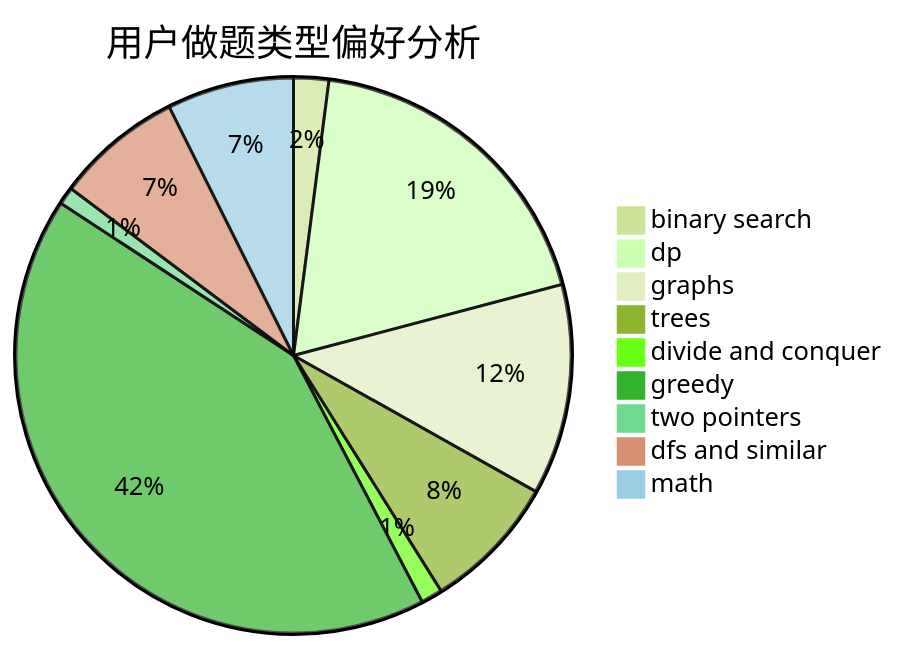
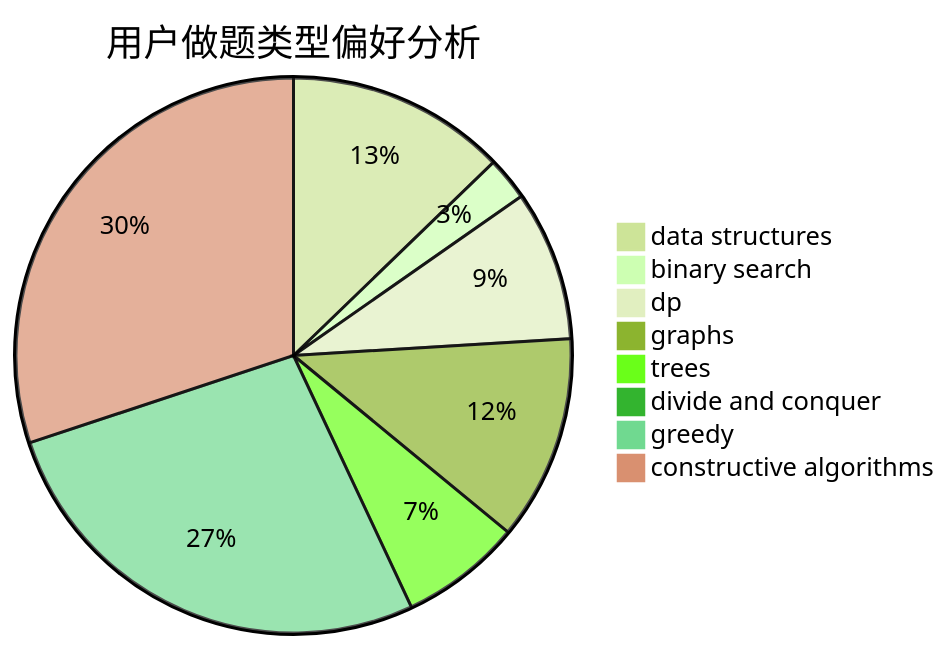
The second of 3 diagrams in docs/user/u586.md (sherpahu/cfrs.github.io), drawn with Mermaid (forest theme) before and after one commit. The commit also changed other lines of this file and 2775 other files, not shown here.

````diff
--- a/docs/user/u586.md
+++ b/docs/user/u586.md
@@ -23,12 +23,11 @@
 ```mermaid
 pie title 用户做题类型偏好分析
-    "binary search" :  18
-    "dp" :  166
-    "graphs" :  108
-    "trees" :  70
-    "divide and conquer" :  11
-    "greedy" :  369
-    "two pointers" :  9
-    "dfs and similar" :  65
-    "math" :  65
+    "data structures" :  76
+    "binary search" :  15
+    "dp" :  52
+    "graphs" :  71
+    "trees" :  42
+    "divide and conquer" :  1
+    "greedy" :  160
+    "constructive algorithms" :  179
 ```
````
